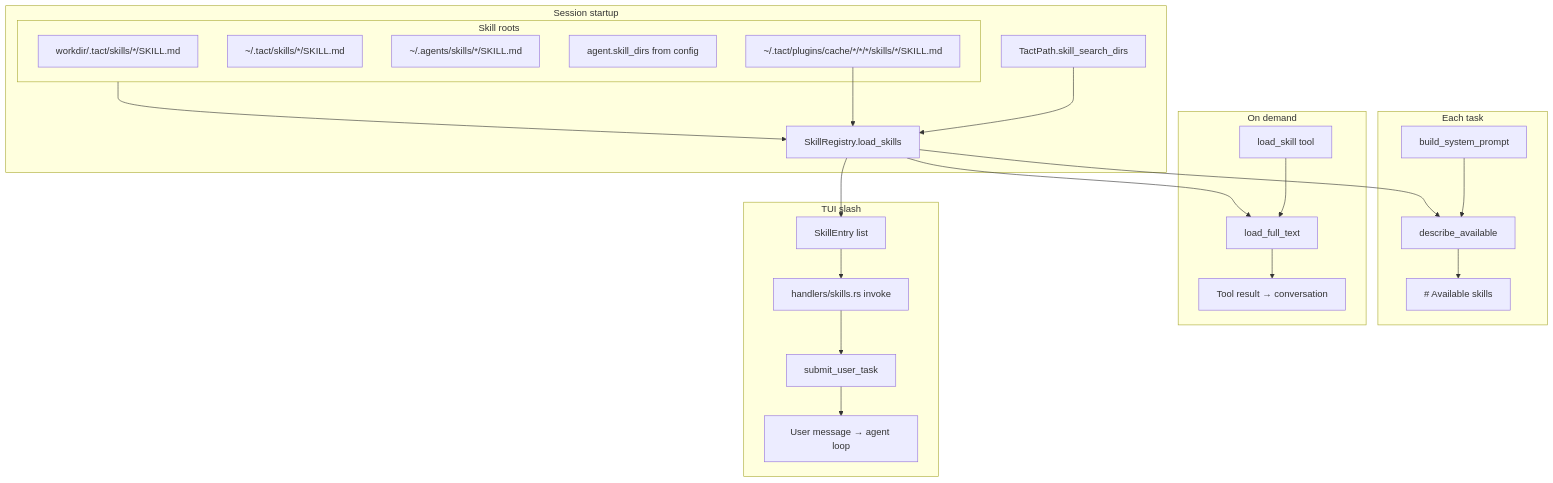
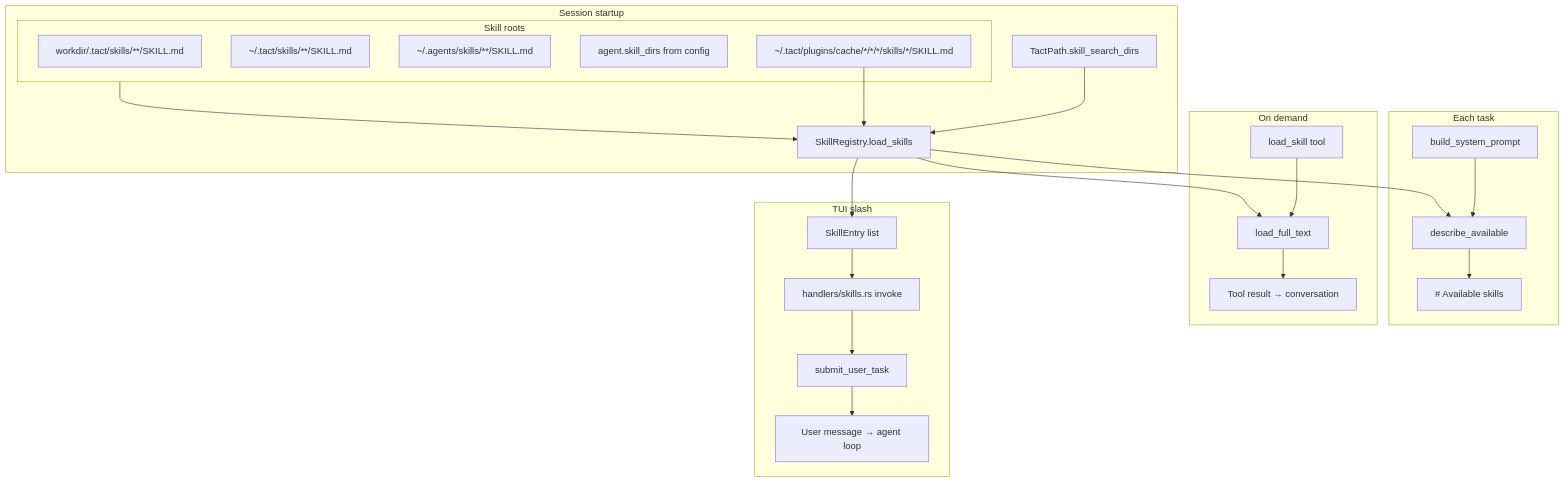
One commit to rust-infra/tact changed the diagram in book/02_chapter_skill.md. Above: the diagram before and after it, drawn with Mermaid. The commit also changed other lines of this file and 6 other files, not shown here.

````diff
--- a/book/02_chapter_skill.md
+++ b/book/02_chapter_skill.md
@@ -26,45 +26,45 @@
 ```mermaid
 graph TB
     subgraph Disk["Skill roots"]
-        T["workdir/.tact/skills/*/SKILL.md"]
-        U["~/.tact/skills/*/SKILL.md"]
-        A["~/.agents/skills/*/SKILL.md"]
+        T["workdir/.tact/skills/**/SKILL.md"]
+        U["~/.tact/skills/**/SKILL.md"]
+        A["~/.agents/skills/**/SKILL.md"]
         C["agent.skill_dirs from config"]
         I["~/.tact/plugins/cache/*/*/*/skills/*/SKILL.md"]
     end
 
     subgraph Startup["Session startup"]
         TP[TactPath.skill_search_dirs]
         SR[SkillRegistry.load_skills]
         TP --> SR
         Disk --> SR
         I --> SR
     end
 
     subgraph Prompt["Each task"]
         BSP[build_system_prompt]
         DA[describe_available]
         BSP --> DA
         DA --> SP["# Available skills"]
     end
 
     subgraph Tool["On demand"]
         LS[load_skill tool]
         LFT[load_full_text]
         LS --> LFT
         LFT --> Ctx["Tool result → conversation"]
     end
 
     subgraph Tui["TUI slash"]
         SE[SkillEntry list]
         INV[handlers/skills.rs invoke]
         SUB[submit_user_task]
         SE --> INV
         INV --> SUB
         SUB --> UserMsg["User message → agent loop"]
     end
 
     SR --> DA
     SR --> LFT
     SR --> SE
 ```
````
